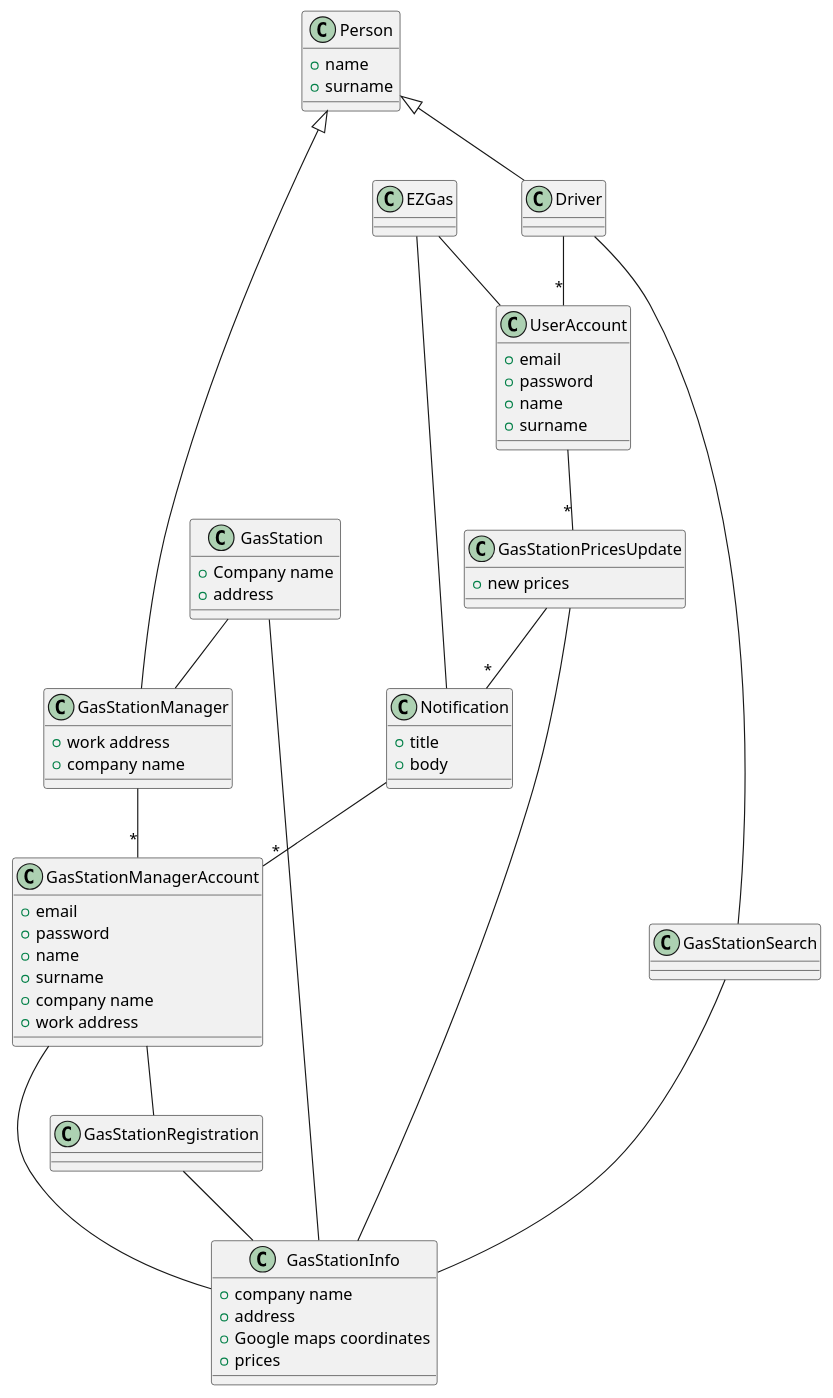
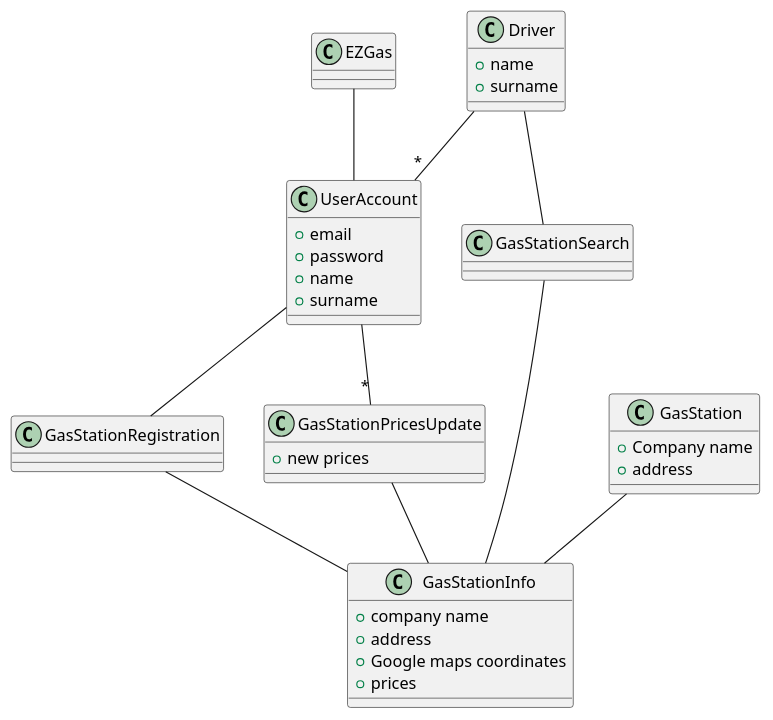
The third of 3 diagrams in REQ_s277867.md (SoftengPoliTo/Lab2), drawn with PlantUML before and after one commit. The commit also changed other lines of this file, not shown here.

````diff
--- a/REQ_s277867.md
+++ b/REQ_s277867.md
@@ -210,78 +189,53 @@
 ```plantuml
 class EZGas
 
 class GasStationSearch
 
-class Person {
+class Driver {
 + name
 + surname
 }
 
 class  UserAccount {
 + email
 + password
 + name
 + surname
 }
 
 class GasStation {
 + Company name
 + address
 }
 
-class GasStationManagerAccount {
-+ email
-+ password
-+ name 
-+ surname
-+ company name
-+ work address
-}
-
-class Notification {
-+ title
-+ body
-}
 
 class GasStationRegistration
 
 
 class GasStationInfo {
 + company name
 + address
 + Google maps coordinates
 + prices
 }
 
-class GasStationManager{
-	+ work address
-	+ company name
-}
 
 class GasStationPricesUpdate{
 + new prices
 }
 
 
 EZGas -- UserAccount
-EZGas -- Notification
-Notification -- "*" GasStationManagerAccount
-GasStationPricesUpdate --"*" Notification
 UserAccount --"*" GasStationPricesUpdate
-Person <|-- Driver
-Person <|-- GasStationManager
-GasStationManager --"*" GasStationManagerAccount
 Driver --"*" UserAccount
-GasStationManagerAccount -- GasStationInfo
 GasStationPricesUpdate -- GasStationInfo
-GasStationManagerAccount -- GasStationRegistration
+UserAccount -- GasStationRegistration
 GasStationRegistration -- GasStationInfo
 GasStation -- GasStationInfo
-GasStation -- GasStationManager
 Driver -- GasStationSearch
 GasStationSearch-- GasStationInfo
 
 
 
 
 ```
````
